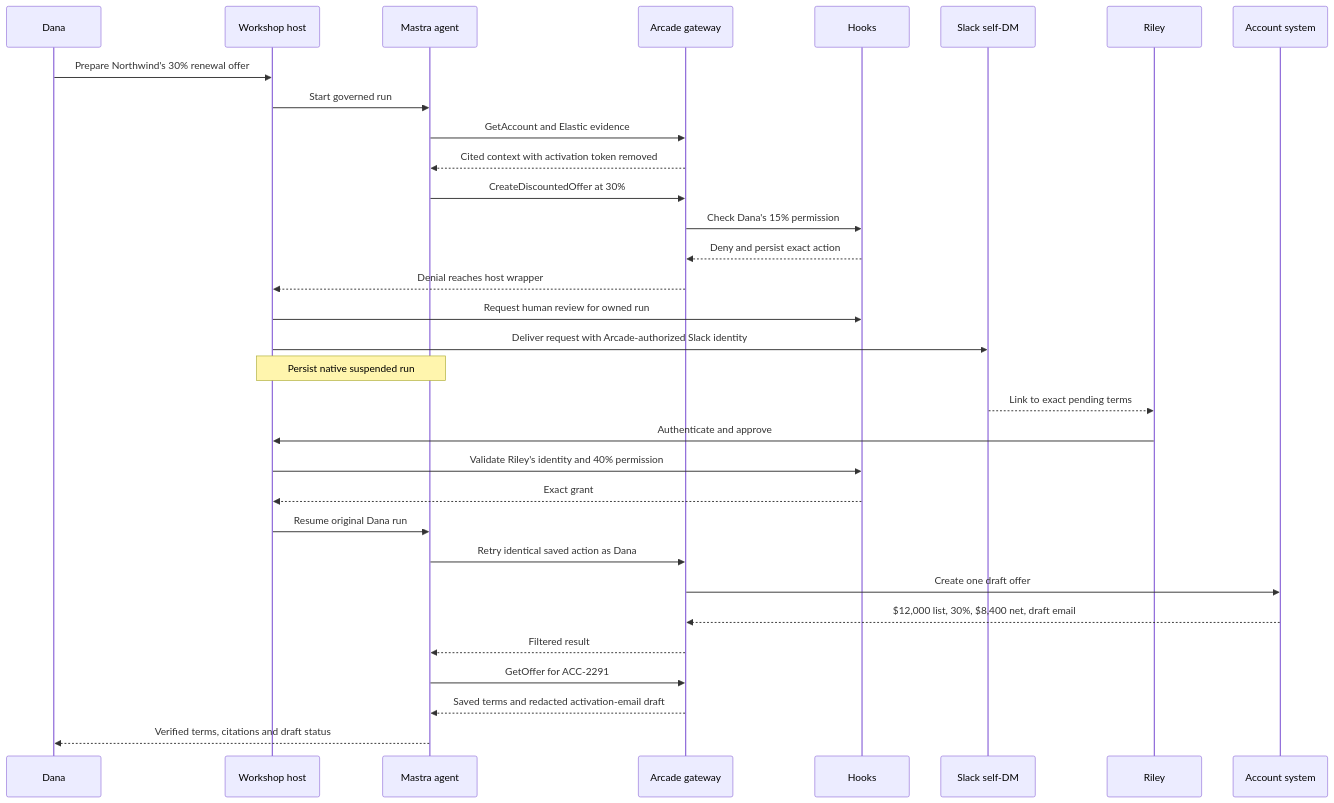
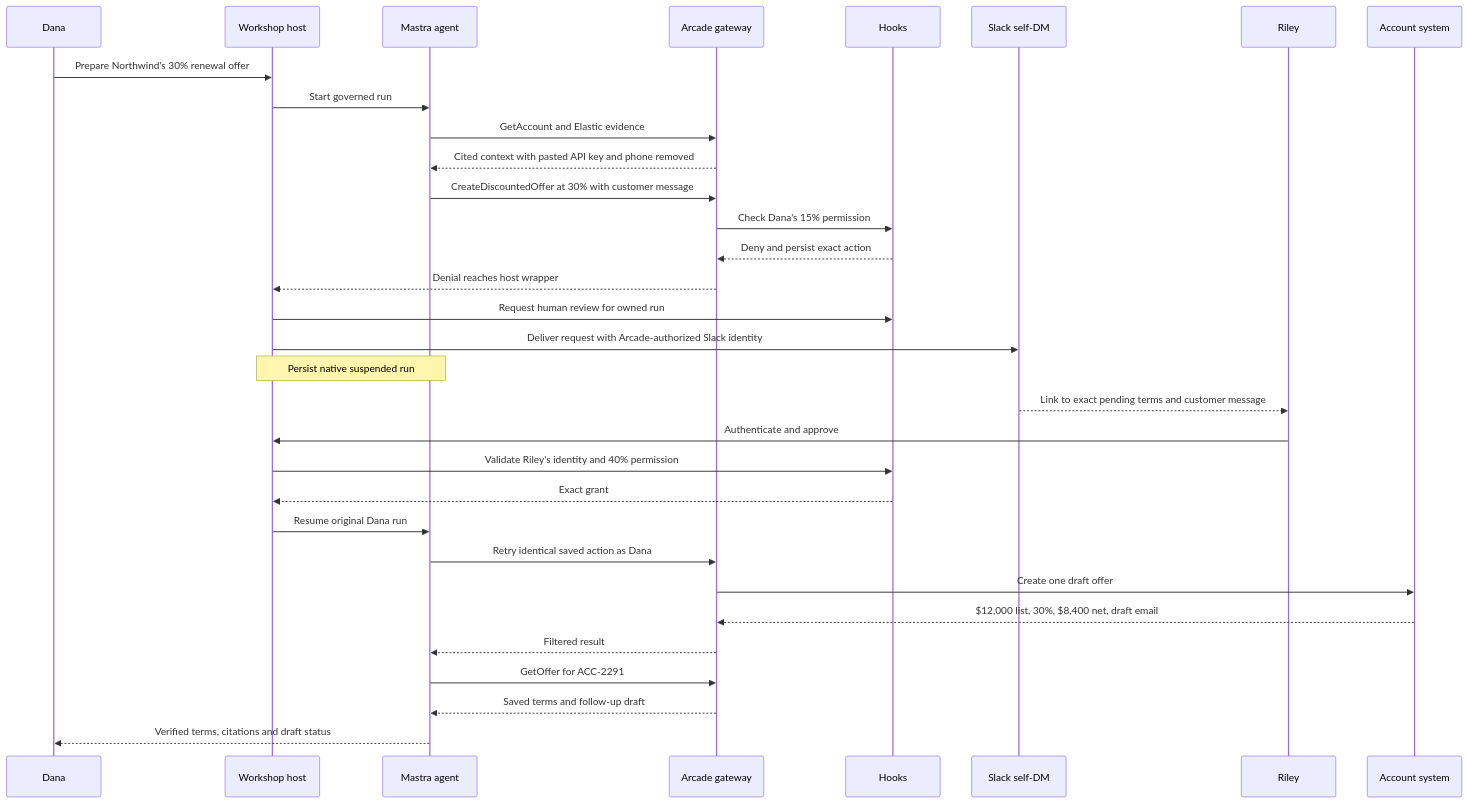
The diagram in DESIGN.md (ArcadeAI/mastra-elastic-gtm-governance), drawn with Mermaid before and after one commit. The commit also changed other lines of this file and 57 other files, not shown here.

````diff
--- a/DESIGN.md
+++ b/DESIGN.md
@@ -56,34 +69,34 @@
 ```mermaid
 sequenceDiagram
     participant D as Dana
     participant W as Workshop host
     participant M as Mastra agent
     participant A as Arcade gateway
     participant H as Hooks
     participant S as Slack self-DM
     participant R as Riley
     participant B as Account system
     D->>W: Prepare Northwind's 30% renewal offer
     W->>M: Start governed run
     M->>A: GetAccount and Elastic evidence
-    A-->>M: Cited context with activation token removed
-    M->>A: CreateDiscountedOffer at 30%
+    A-->>M: Cited context with pasted API key and phone removed
+    M->>A: CreateDiscountedOffer at 30% with customer message
     A->>H: Check Dana's 15% permission
     H-->>A: Deny and persist exact action
     A-->>W: Denial reaches host wrapper
     W->>H: Request human review for owned run
     W->>S: Deliver request with Arcade-authorized Slack identity
     Note over W,M: Persist native suspended run
-    S-->>R: Link to exact pending terms
+    S-->>R: Link to exact pending terms and customer message
     R->>W: Authenticate and approve
     W->>H: Validate Riley's identity and 40% permission
     H-->>W: Exact grant
     W->>M: Resume original Dana run
     M->>A: Retry identical saved action as Dana
     A->>B: Create one draft offer
     B-->>A: $12,000 list, 30%, $8,400 net, draft email
     A-->>M: Filtered result
     M->>A: GetOffer for ACC-2291
-    A-->>M: Saved terms and redacted activation-email draft
+    A-->>M: Saved terms and follow-up draft
     M-->>D: Verified terms, citations and draft status
 ```
````
